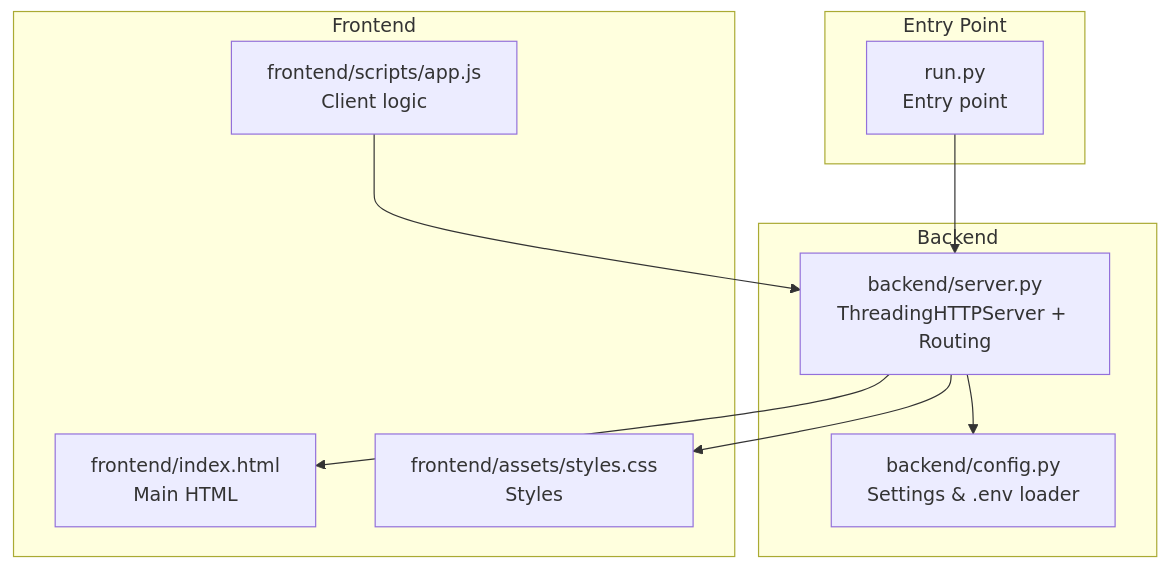
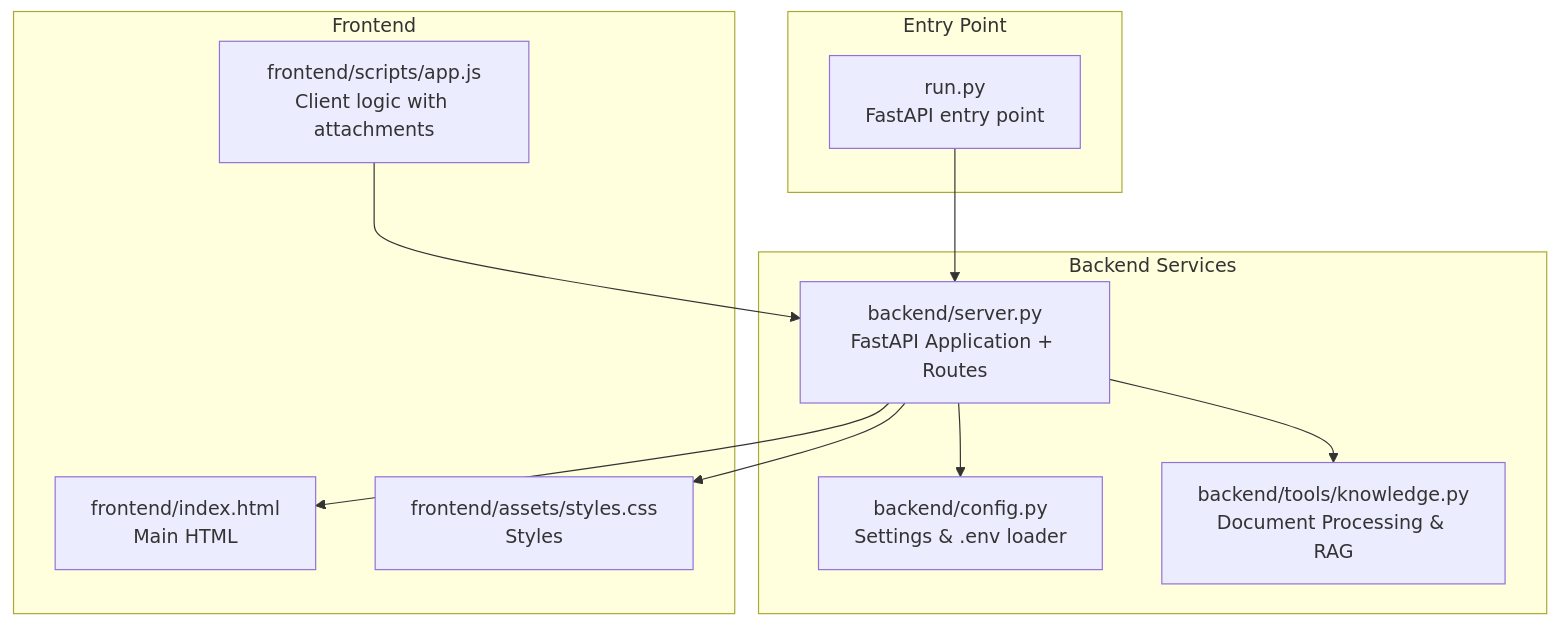
The first of 4 diagrams in .qoder/repowiki/en/content/System Architecture/Backend Architecture/HTTP Server Implementation/HTTP Server Implementation.md (Sovetsky-Soyuz/AI-Assistant), drawn with Mermaid before and after one commit. The commit also changed other lines of this file and 14 other files, not shown here.

````diff
--- a/.qoder/repowiki/en/content/System Architecture/Backend Architecture/HTTP Server Implementation/HTTP Server Implementation.md
+++ b/.qoder/repowiki/en/content/System Architecture/Backend Architecture/HTTP Server Implementation/HTTP Server Implementation.md
@@ -30,20 +43,22 @@
 ```mermaid
 graph TB
 subgraph "Entry Point"
-RUN["run.py<br/>Entry point"]
+RUN["run.py<br/>FastAPI entry point"]
 end
-subgraph "Backend"
+subgraph "Backend Services"
 CFG["backend/config.py<br/>Settings & .env loader"]
-SRV["backend/server.py<br/>ThreadingHTTPServer + Routing"]
+SRV["backend/server.py<br/>FastAPI Application + Routes"]
+KNOW["backend/tools/knowledge.py<br/>Document Processing & RAG"]
 end
 subgraph "Frontend"
 IDX["frontend/index.html<br/>Main HTML"]
 CSS["frontend/assets/styles.css<br/>Styles"]
-APP["frontend/scripts/app.js<br/>Client logic"]
+APP["frontend/scripts/app.js<br/>Client logic with attachments"]
 end
 RUN --> SRV
 SRV --> CFG
+SRV --> KNOW
 SRV --> IDX
 SRV --> CSS
 APP --> SRV
 ```
````
